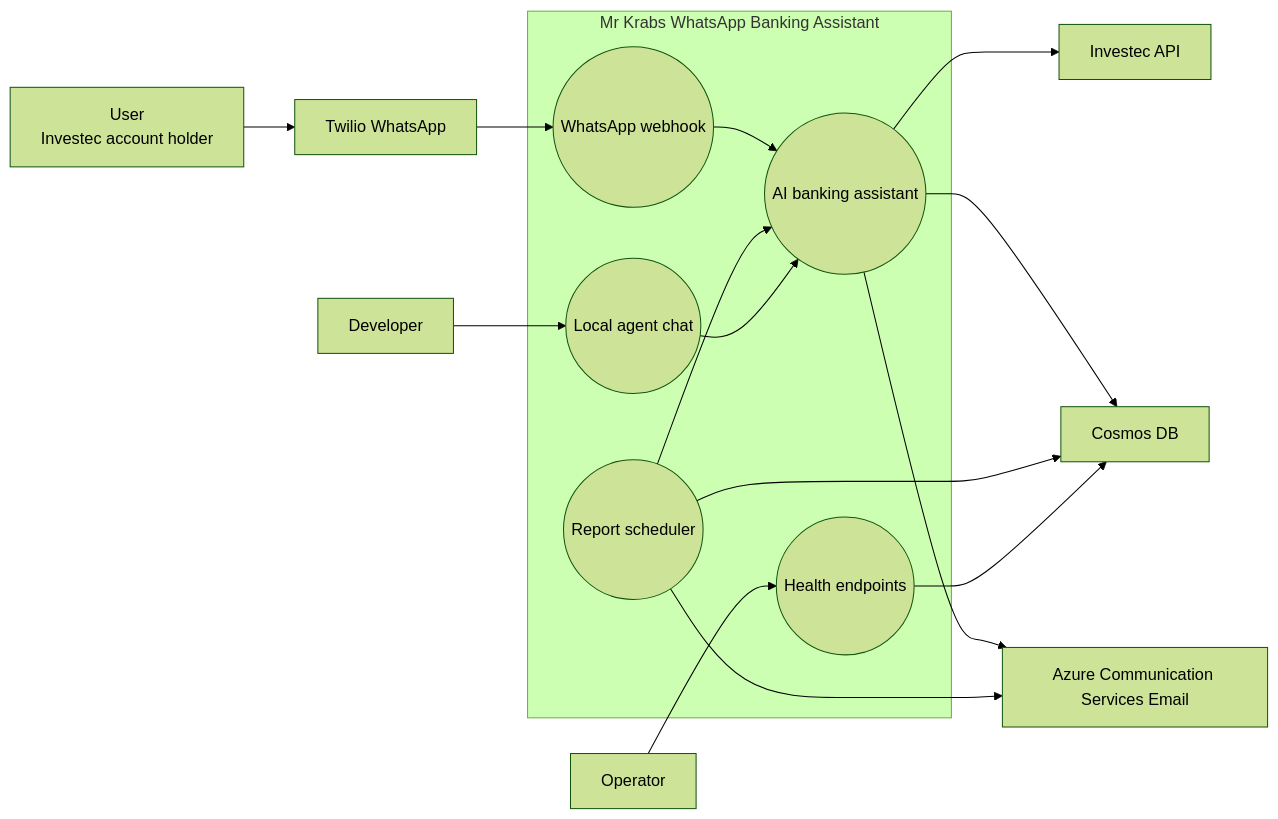
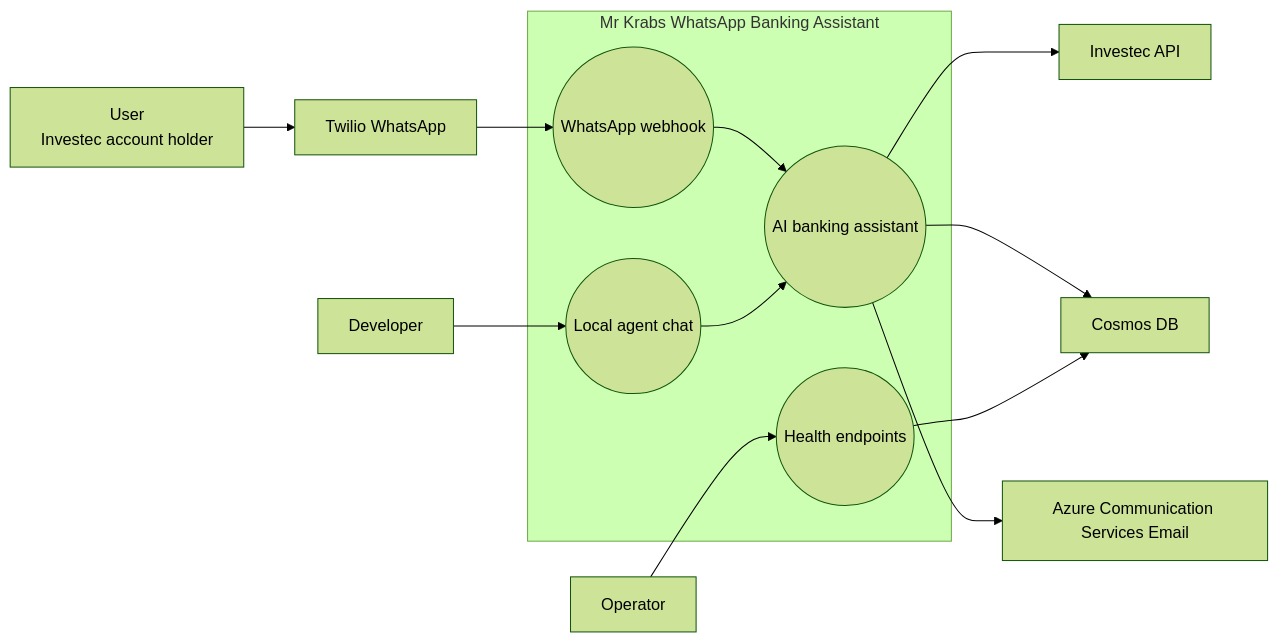
Before and after one commit to tjabane/tjabane.agent.julius: the first of 6 diagrams in docs/use-case-diagrams.md, drawn with Mermaid (forest theme). The commit also changed other lines of this file and 10 other files, not shown here.

````diff
--- a/docs/use-case-diagrams.md
+++ b/docs/use-case-diagrams.md
@@ -9,35 +9,30 @@
 ```mermaid
 flowchart LR
     user[User<br/>Investec account holder]
     operator[Operator]
     developer[Developer]
 
     subgraph system[Mr Krabs WhatsApp Banking Assistant]
         webhook((WhatsApp webhook))
         agent((AI banking assistant))
-        scheduler((Report scheduler))
         health((Health endpoints))
         cli((Local agent chat))
     end
 
     twilio[Twilio WhatsApp]
     investec[Investec API]
     cosmos[Cosmos DB]
     email[Azure Communication Services Email]
 
     user --> twilio
     twilio --> webhook
     webhook --> agent
     agent --> investec
     agent --> cosmos
     agent --> email
 
-    scheduler --> agent
-    scheduler --> cosmos
-    scheduler --> email
-
     operator --> health
     health --> cosmos
     developer --> cli
     cli --> agent
 ```
````
